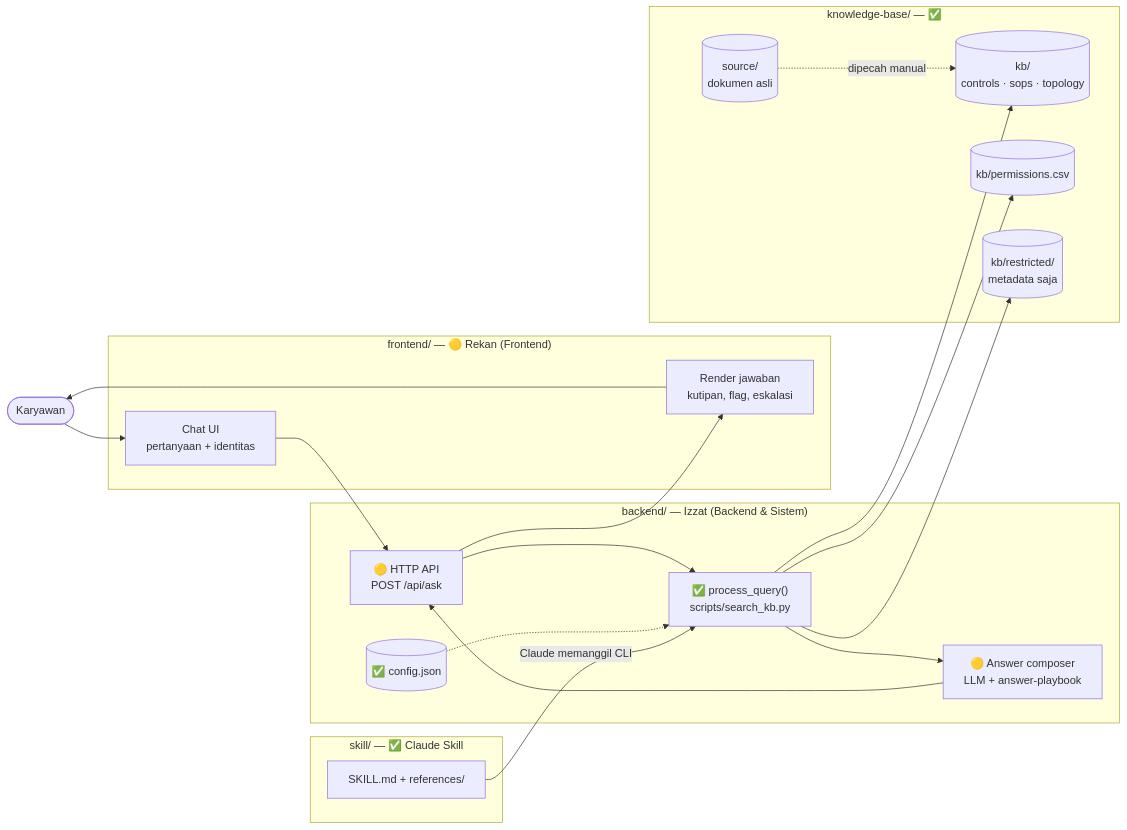
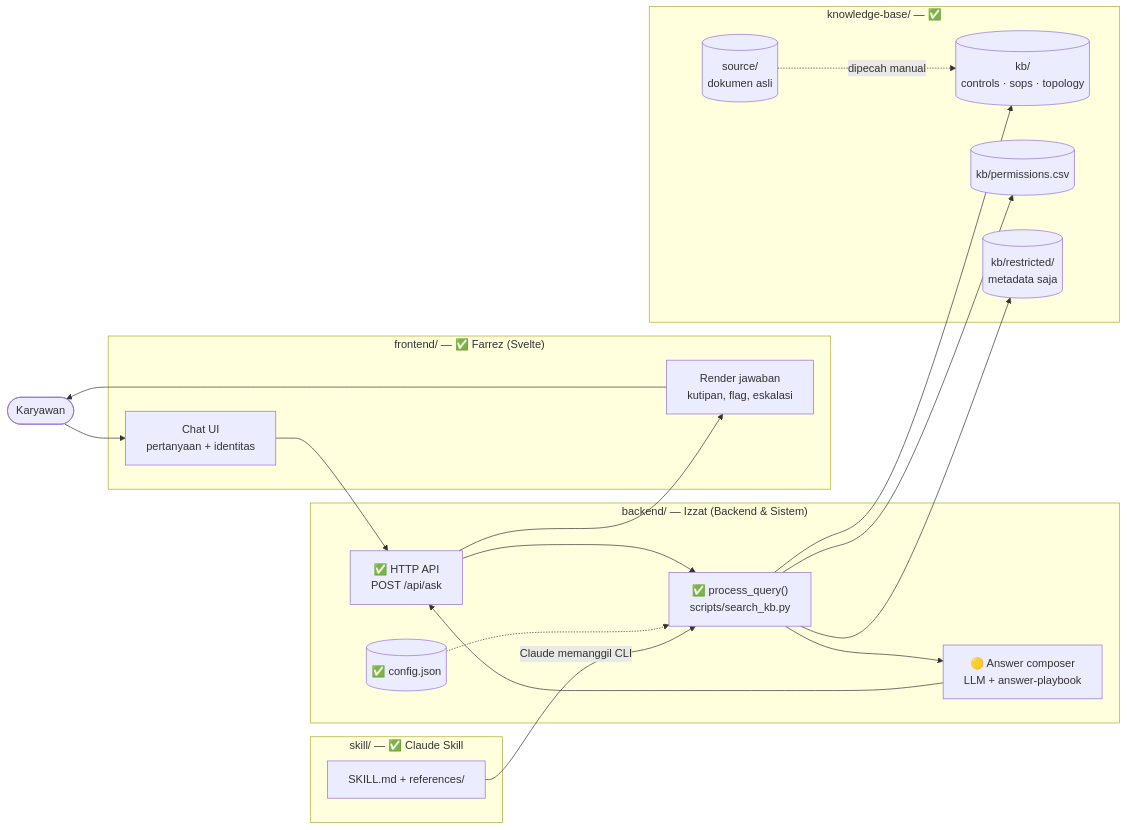
One commit to izzatbey/tencent-hackathon changed the first of 4 diagrams in docs/architecture.md. Above: the diagram before and after it, drawn with Mermaid. The commit also changed other lines of this file and 6 other files, not shown here.

First line of the commit message:
Document API contract, test status and frontend decisions

````diff
--- a/docs/architecture.md
+++ b/docs/architecture.md
@@ -9,34 +9,34 @@
 ```mermaid
 flowchart LR
     U([Karyawan])
 
-    subgraph FE["frontend/ — 🟡 Rekan (Frontend)"]
+    subgraph FE["frontend/ — ✅ Farrez (Svelte)"]
         UI[Chat UI<br/>pertanyaan + identitas]
         RV[Render jawaban<br/>kutipan, flag, eskalasi]
     end
 
     subgraph BE["backend/ — Izzat (Backend & Sistem)"]
-        API["🟡 HTTP API<br/>POST /api/ask"]
+        API["✅ HTTP API<br/>POST /api/ask"]
         PQ["✅ process_query()<br/>scripts/search_kb.py"]
         LLM["🟡 Answer composer<br/>LLM + answer-playbook"]
         CFG[("✅ config.json")]
     end
 
     subgraph KB["knowledge-base/ — ✅"]
         DOCS[("kb/<br/>controls · sops · topology")]
         PERM[("kb/permissions.csv")]
         RES[("kb/restricted/<br/>metadata saja")]
         SRC[("source/<br/>dokumen asli")]
     end
 
     subgraph SK["skill/ — ✅ Claude Skill"]
         SKILL[SKILL.md + references/]
     end
 
     U --> UI --> API --> PQ
     PQ --> DOCS & PERM & RES
     CFG -.-> PQ
     PQ --> LLM --> API --> RV --> U
     SRC -. dipecah manual .-> DOCS
     SKILL -->|"Claude memanggil CLI"| PQ
 ```
````
